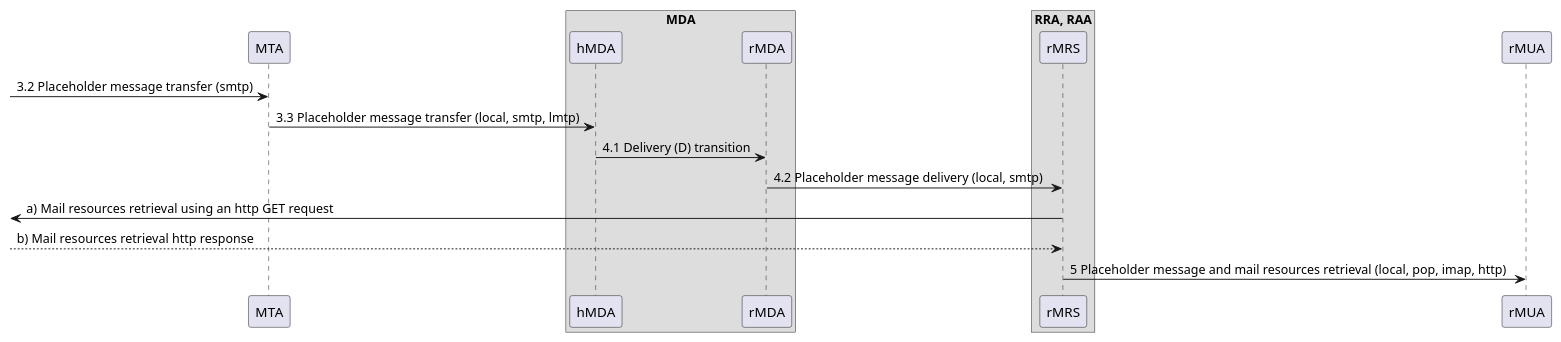
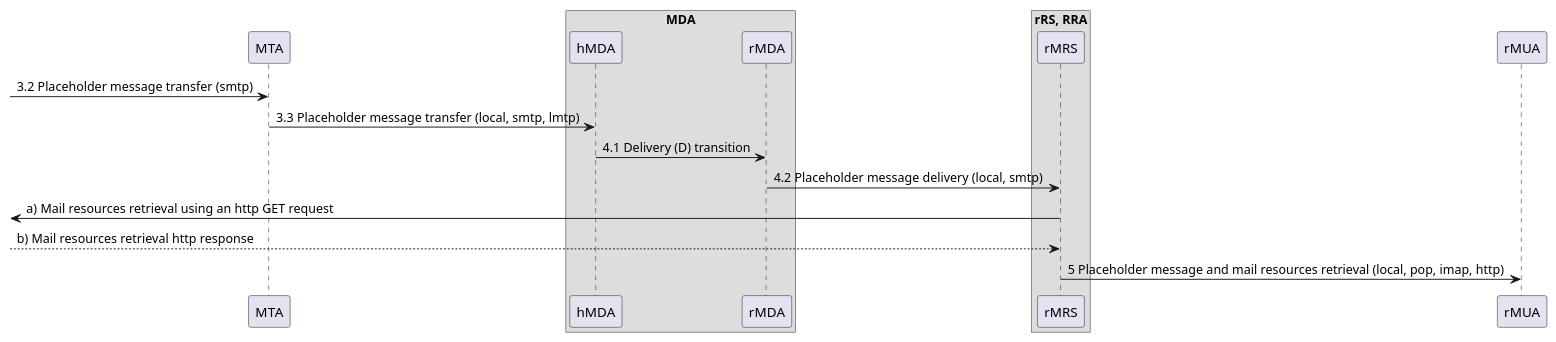
Before and after one commit to federizer/federizer: the diagram in docs/resources/authorization-enhanced_rfc5598_II_sd.puml, drawn with PlantUML. The commit also changed 5 other files, not shown here.

```diff
--- a/docs/resources/authorization-enhanced_rfc5598_II_sd.puml
+++ b/docs/resources/authorization-enhanced_rfc5598_II_sd.puml
@@ -1,41 +1,41 @@
 @startuml Authorization-Enhanced Internet Mail Architecture, message flow part II.
 
 /'
 Message
 Message User Agent (MUA)
     Author MUA (aMUA)
     Recipient MUA (rMUA)
 Message Submission Agent (MSA)
     Author-focused MSA functions (aMSA)
     MHS-focused MSA functions (hMSA)
 Message Transfer Agent (MTA)
 Message Delivery Agent (MDA)
     Recipient-focused MDA functions (rMDA)
     MHS-focused MDA functions (hMDA)
+Resource Server (RS)    
 Resource Retrieval Agent (RRA)
-Resource Access Agent (RAA)    
 Mail Resource Store (MRS)
     Author MRS (aMRS)
     Recipient MRS (rMRS)    
 '/
 
 'ADMD II. (bar.com)
 participant "MTA" as MTA /'MTA'/
 box "MDA" /'MDA'/
 participant "hMDA" as hMDA /'MHS-focused MDA'/
 participant "rMDA" as rMDA /'Recipient-focused MDA'/
 end box
-box "RRA, RAA" /'Resource Retrieval Agent, Resource Access Agent'/
+box "rRS, RRA" /'Recipient Resource Server, Resource Retrieval Agent'/
 participant "rMRS" as rMRS /'Recipient MRS'/
 end box
 participant "rMUA" as rMUA /'MUA'/
 
 [-> MTA : 3.2 Placeholder message transfer (smtp)
 MTA -> hMDA : 3.3 Placeholder message transfer (local, smtp, lmtp)
 hMDA -> rMDA : 4.1 Delivery (D) transition
 rMDA -> rMRS : 4.2 Placeholder message delivery (local, smtp)
 rMRS ->[ : a) Mail resources retrieval using an http GET request
 rMRS <--[ : b) Mail resources retrieval http response
 rMRS -> rMUA : 5 Placeholder message and mail resources retrieval (local, pop, imap, http)
 
 @enduml
```
